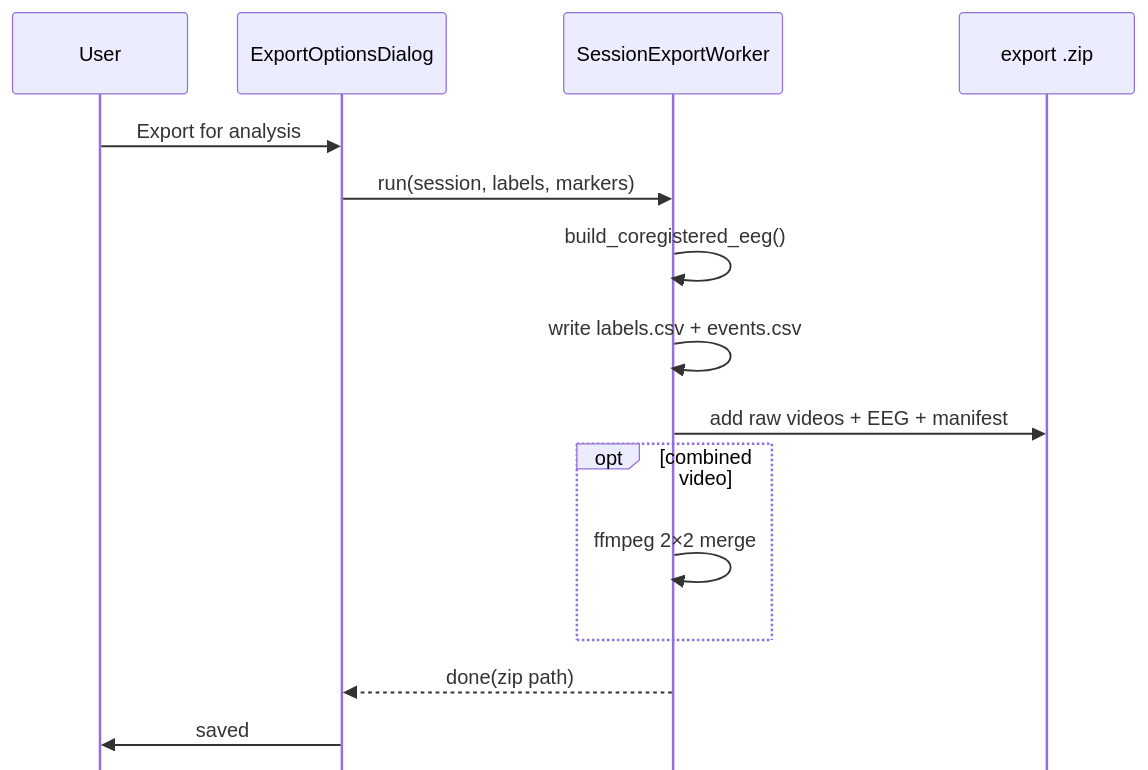
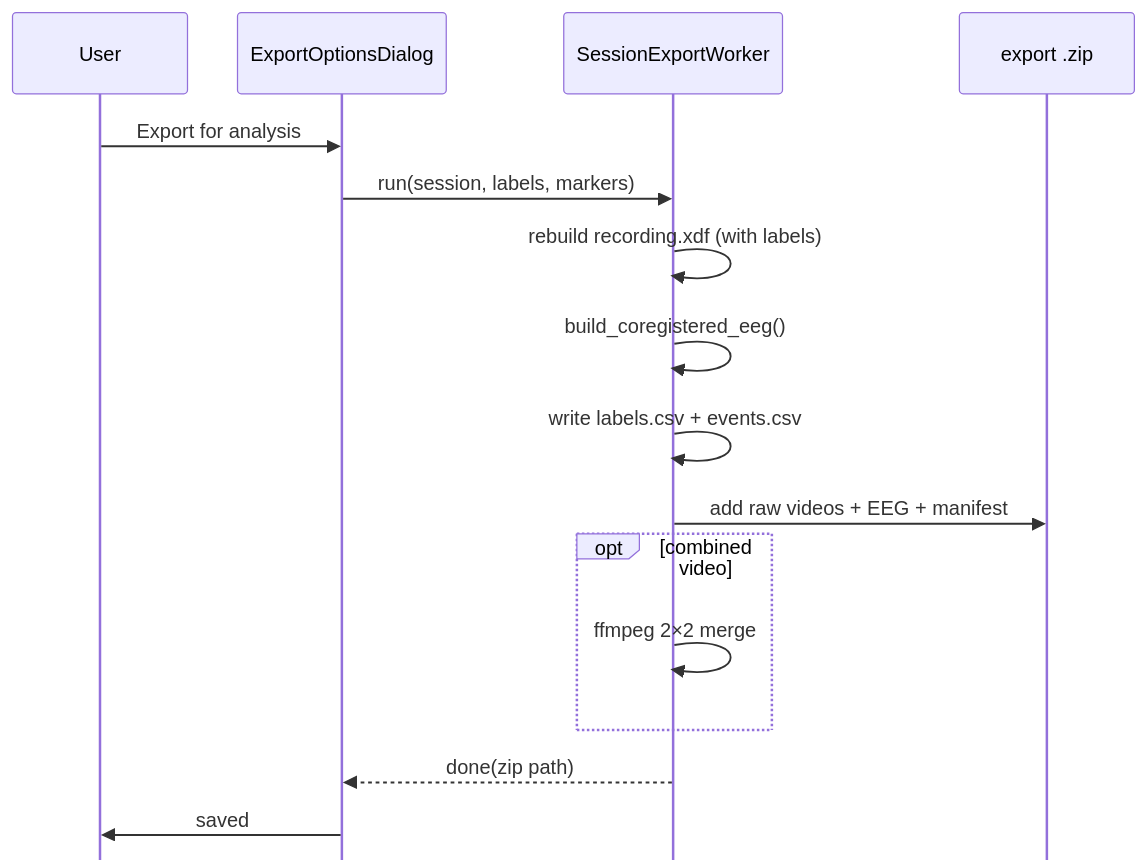
One commit to mohammadabdullahkhurram/Brain-Battle-Phase-3 changed the diagram in docs/diagrams/flow-export.mmd. Above: the diagram before and after it, drawn with Mermaid. The commit also changed 71 other files, not shown here.

```diff
--- a/docs/diagrams/flow-export.mmd
+++ b/docs/diagrams/flow-export.mmd
@@ -1,16 +1,17 @@
 %%{init: {'themeVariables': {'fontSize': '16px'}, 'sequence': {'actorMargin': 40, 'width': 140, 'boxMargin': 8, 'mirrorActors': false}}}%%
 sequenceDiagram
     participant U as User
     participant ED as ExportOptionsDialog
     participant W as SessionExportWorker
     participant Z as export .zip
     U->>ED: Export for analysis
     ED->>W: run(session, labels, markers)
+    W->>W: rebuild recording.xdf (with labels)
     W->>W: build_coregistered_eeg()
     W->>W: write labels.csv + events.csv
     W->>Z: add raw videos + EEG + manifest
     opt combined video
         W->>W: ffmpeg 2×2 merge
     end
     W-->>ED: done(zip path)
     ED->>U: saved
```
